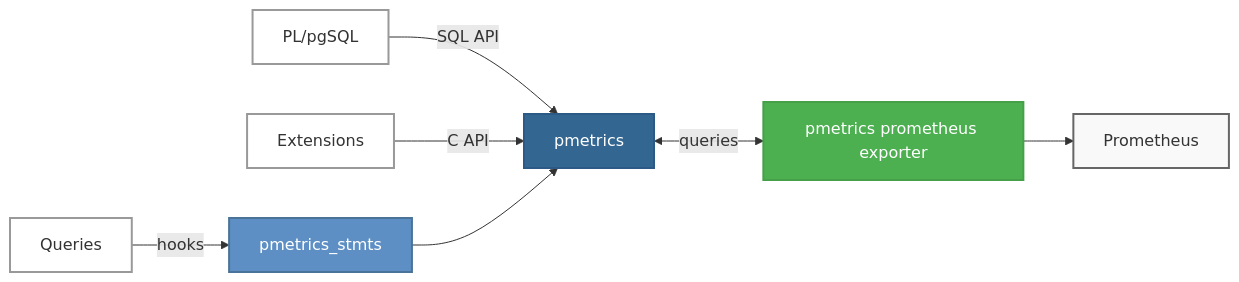
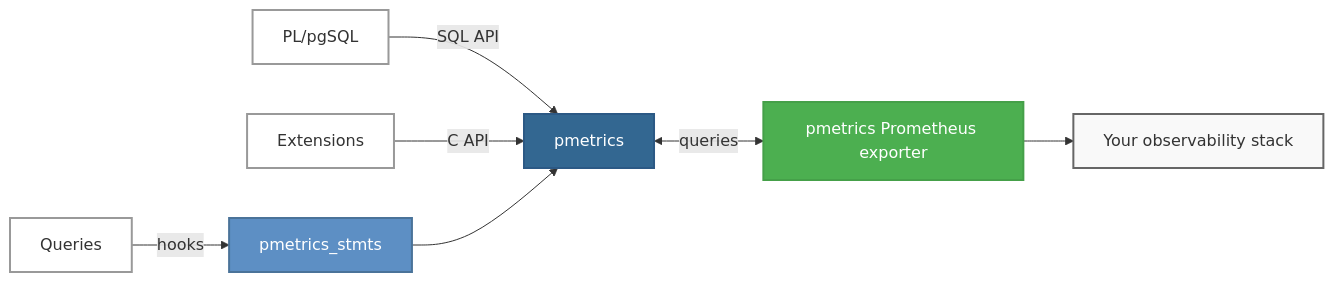
Before and after one commit to v0idpwn-industries/pmetrics: the diagram in README.md, drawn with Mermaid.

Commit message:
minor fix

````diff
--- a/README.md
+++ b/README.md
@@ -5,23 +5,23 @@
 ```mermaid
 graph LR
     Q[Queries]
     P[PL/pgSQL]
     E[Extensions]
-    X[pmetrics prometheus exporter]
+    X[pmetrics Prometheus exporter]
 
     Q -->|hooks| S[pmetrics_stmts]
     P -->|SQL API| C[pmetrics]
     E -->|C API| C
     S --> C
 
     C <-->|queries| X
-    X --> M[Prometheus]
+    X --> M[Your observability stack]
 
     style C fill:#336791,stroke:#2c5985,stroke-width:2px,color:#fff
     style S fill:#5d8fc4,stroke:#4a7399,stroke-width:2px,color:#fff
     style X fill:#4CAF50,stroke:#45a049,stroke-width:2px,color:#fff
     style M fill:#f9f9f9,stroke:#666,stroke-width:2px,color:#333
     style Q fill:#fff,stroke:#999,stroke-width:2px,color:#333
     style P fill:#fff,stroke:#999,stroke-width:2px,color:#333
     style E fill:#fff,stroke:#999,stroke-width:2px,color:#333
 ```
````
